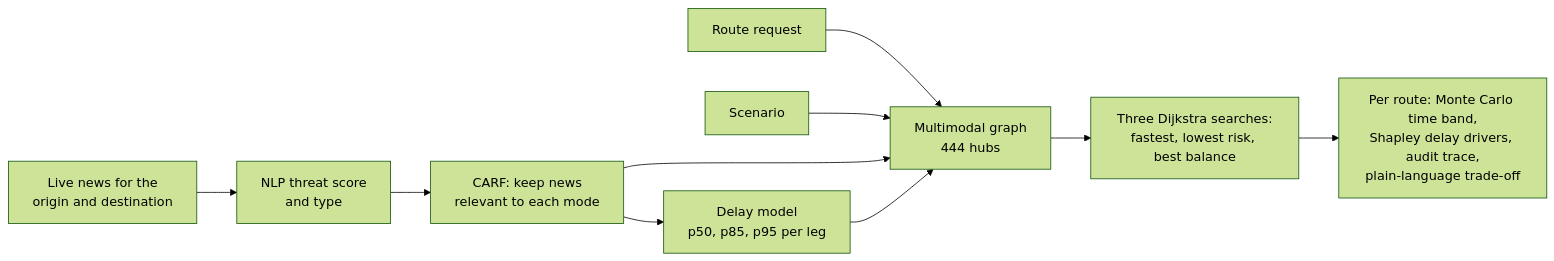
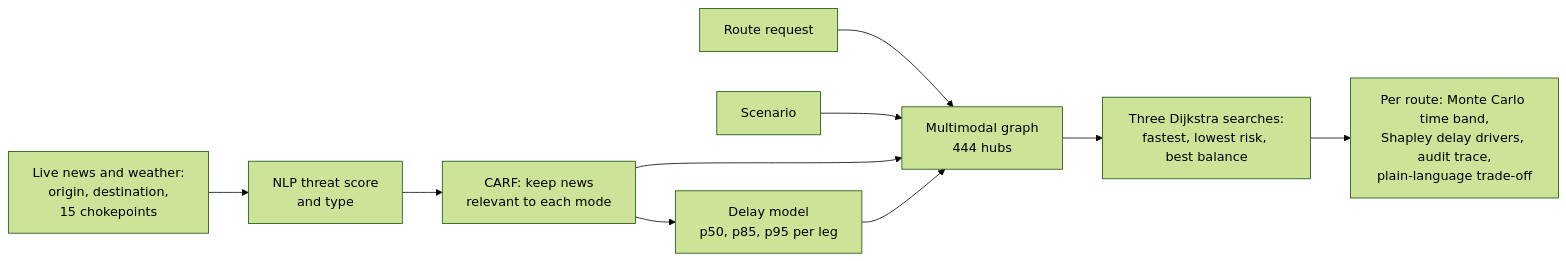
Before and after one commit to Trafalgar-2006/Supply-chainer: the diagram in README.md, drawn with Mermaid (forest theme). The commit also changed other lines of this file and 5 other files, not shown here.

First line of the commit message:
Watch live news and weather at all 15 chokepoints

````diff
--- a/README.md
+++ b/README.md
@@ -157,11 +157,11 @@
 ```mermaid
 flowchart LR
     R[Route request] --> G[Multimodal graph<br/>444 hubs]
     S[Scenario] --> G
-    N[Live news for the<br/>origin and destination] --> NLP[NLP threat score<br/>and type] --> CARF[CARF: keep news<br/>relevant to each mode]
+    N[Live news and weather:<br/>origin, destination,<br/>15 chokepoints] --> NLP[NLP threat score<br/>and type] --> CARF[CARF: keep news<br/>relevant to each mode]
     CARF --> G
     CARF --> D
     D[Delay model<br/>p50, p85, p95 per leg] --> G
     G --> P[Three Dijkstra searches:<br/>fastest, lowest risk, best balance]
     P --> O[Per route: Monte Carlo time band,<br/>Shapley delay drivers, audit trace,<br/>plain-language trade-off]
 ```
````
